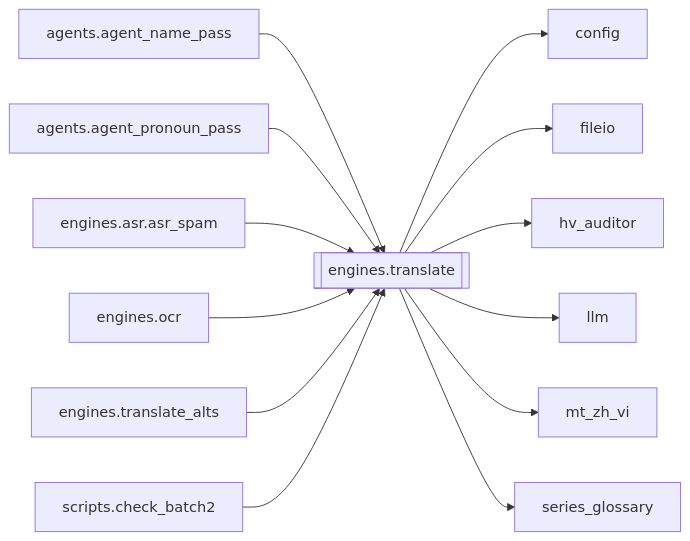
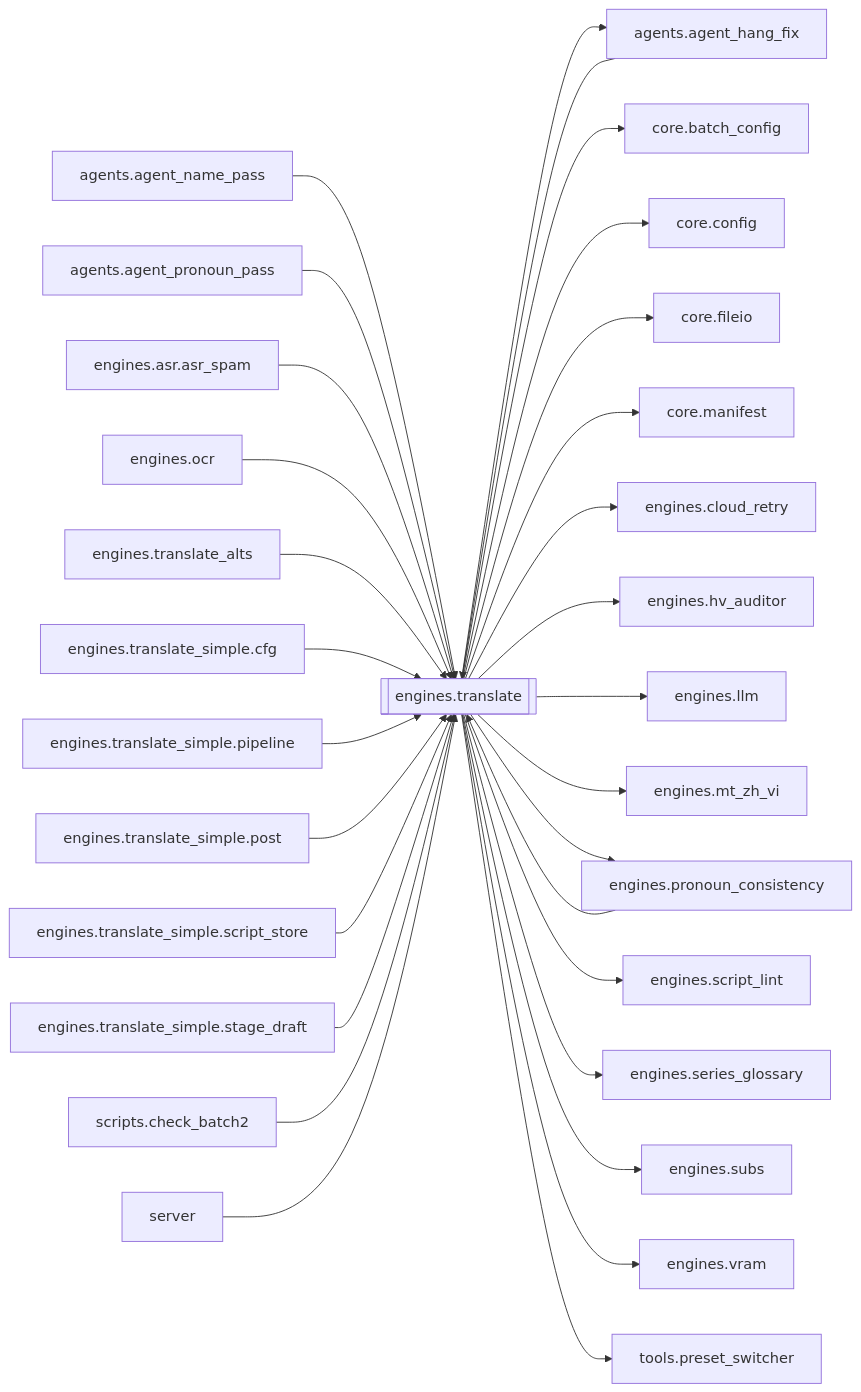
The diagram in docs/brain/modules/engines.translate.md (kjza178/PinelineV5), drawn with Mermaid before and after one commit. The commit also changed other lines of this file and 227 other files, not shown here.

````diff
--- a/docs/brain/modules/engines.translate.md
+++ b/docs/brain/modules/engines.translate.md
@@ -18,16 +18,33 @@
 ```mermaid
 flowchart LR
   engines_translate[[engines.translate]]
+  agents_agent_hang_fix[agents.agent_hang_fix] --> engines_translate
   agents_agent_name_pass[agents.agent_name_pass] --> engines_translate
   agents_agent_pronoun_pass[agents.agent_pronoun_pass] --> engines_translate
   engines_asr_asr_spam[engines.asr.asr_spam] --> engines_translate
   engines_ocr[engines.ocr] --> engines_translate
+  engines_pronoun_consistency[engines.pronoun_consistency] --> engines_translate
   engines_translate_alts[engines.translate_alts] --> engines_translate
+  engines_translate_simple_cfg[engines.translate_simple.cfg] --> engines_translate
+  engines_translate_simple_pipeline[engines.translate_simple.pipeline] --> engines_translate
+  engines_translate_simple_post[engines.translate_simple.post] --> engines_translate
+  engines_translate_simple_script_store[engines.translate_simple.script_store] --> engines_translate
+  engines_translate_simple_stage_draft[engines.translate_simple.stage_draft] --> engines_translate
   scripts_check_batch2[scripts.check_batch2] --> engines_translate
-  engines_translate --> config[config]
-  engines_translate --> fileio[fileio]
-  engines_translate --> hv_auditor[hv_auditor]
-  engines_translate --> llm[llm]
-  engines_translate --> mt_zh_vi[mt_zh_vi]
-  engines_translate --> series_glossary[series_glossary]
+  server[server] --> engines_translate
+  engines_translate --> agents_agent_hang_fix[agents.agent_hang_fix]
+  engines_translate --> core_batch_config[core.batch_config]
+  engines_translate --> core_config[core.config]
+  engines_translate --> core_fileio[core.fileio]
+  engines_translate --> core_manifest[core.manifest]
+  engines_translate --> engines_cloud_retry[engines.cloud_retry]
+  engines_translate --> engines_hv_auditor[engines.hv_auditor]
+  engines_translate --> engines_llm[engines.llm]
+  engines_translate --> engines_mt_zh_vi[engines.mt_zh_vi]
+  engines_translate --> engines_pronoun_consistency[engines.pronoun_consistency]
+  engines_translate --> engines_script_lint[engines.script_lint]
+  engines_translate --> engines_series_glossary[engines.series_glossary]
+  engines_translate --> engines_subs[engines.subs]
+  engines_translate --> engines_vram[engines.vram]
+  engines_translate --> tools_preset_switcher[tools.preset_switcher]
 ```
````
